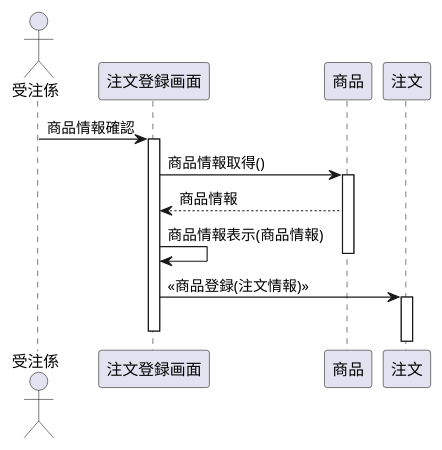
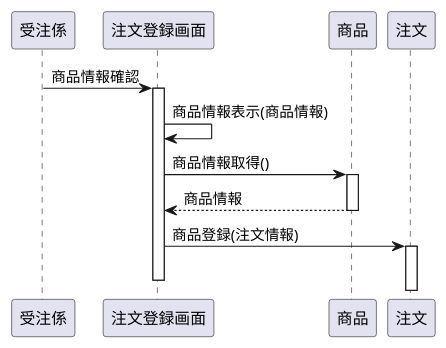
One commit to Tanifuji94/uml-introduction changed the diagram in 演習4-4_SD_商品注文.pu. Above: the diagram before and after it, drawn with PlantUML.

Commit message:
演習4‐4

```diff
--- a/演習4-4_SD_商品注文.pu
+++ b/演習4-4_SD_商品注文.pu
@@ -1,13 +1,12 @@
 @startuml 演習4-4
-actor 受注係
 受注係->注文登録画面: 商品情報確認
 activate 注文登録画面
+注文登録画面->注文登録画面: 商品情報表示(商品情報)
 注文登録画面->商品: 商品情報取得()
 activate 商品
 商品-->注文登録画面: 商品情報
-注文登録画面->注文登録画面: 商品情報表示(商品情報)
 deactivate 商品
-注文登録画面->注文: <<商品登録(注文情報)>>
+注文登録画面->注文: 商品登録(注文情報)
 activate 注文
 deactivate 注文登録画面
 @enduml
```
